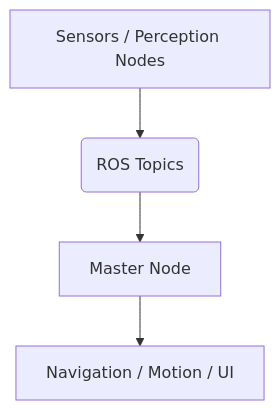
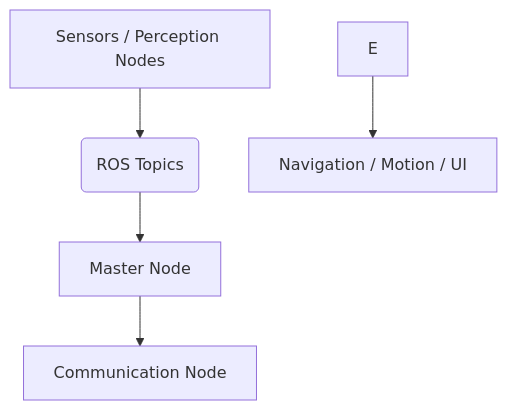
One commit to Wild3005/Mobile_Robot_RAISA changed the diagram in README.md. Above: the diagram before and after it, drawn with Mermaid.

Commit message:
Update flowchart to include Communication Node

`````diff
--- a/README.md
+++ b/README.md
@@ -85,6 +85,7 @@
 ```mermaid
 graph TD
     A[Sensors / Perception Nodes] --> B(ROS Topics)
     B --> C[Master Node]
-    C --> D[Navigation / Motion / UI]
+    C --> D[Communication Node]
+    E --> F[Navigation / Motion / UI]
 ````
`````
